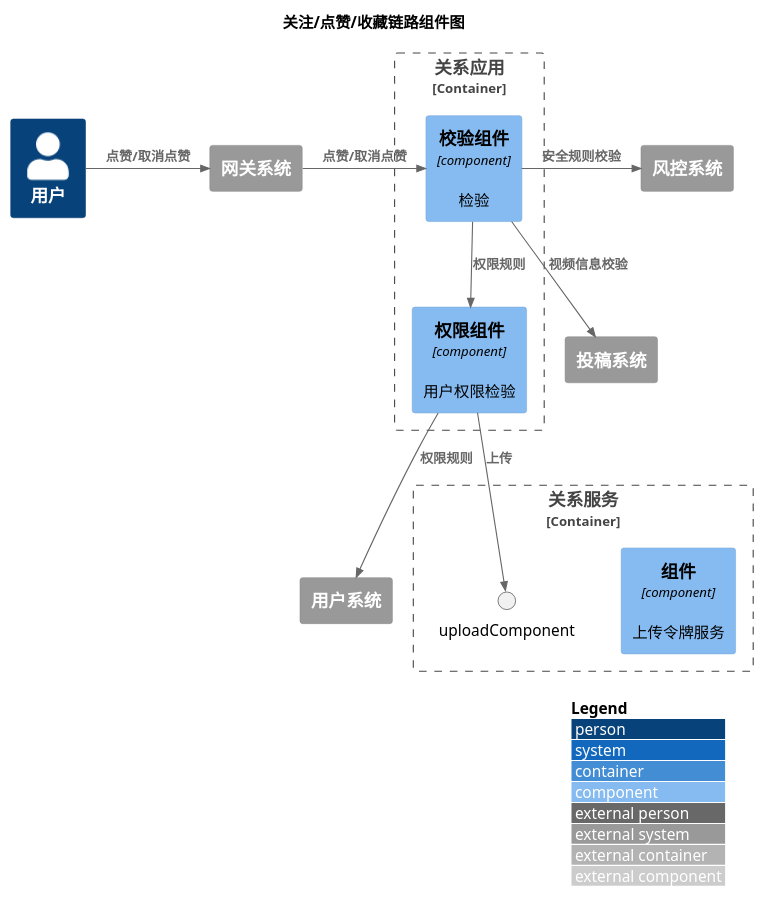
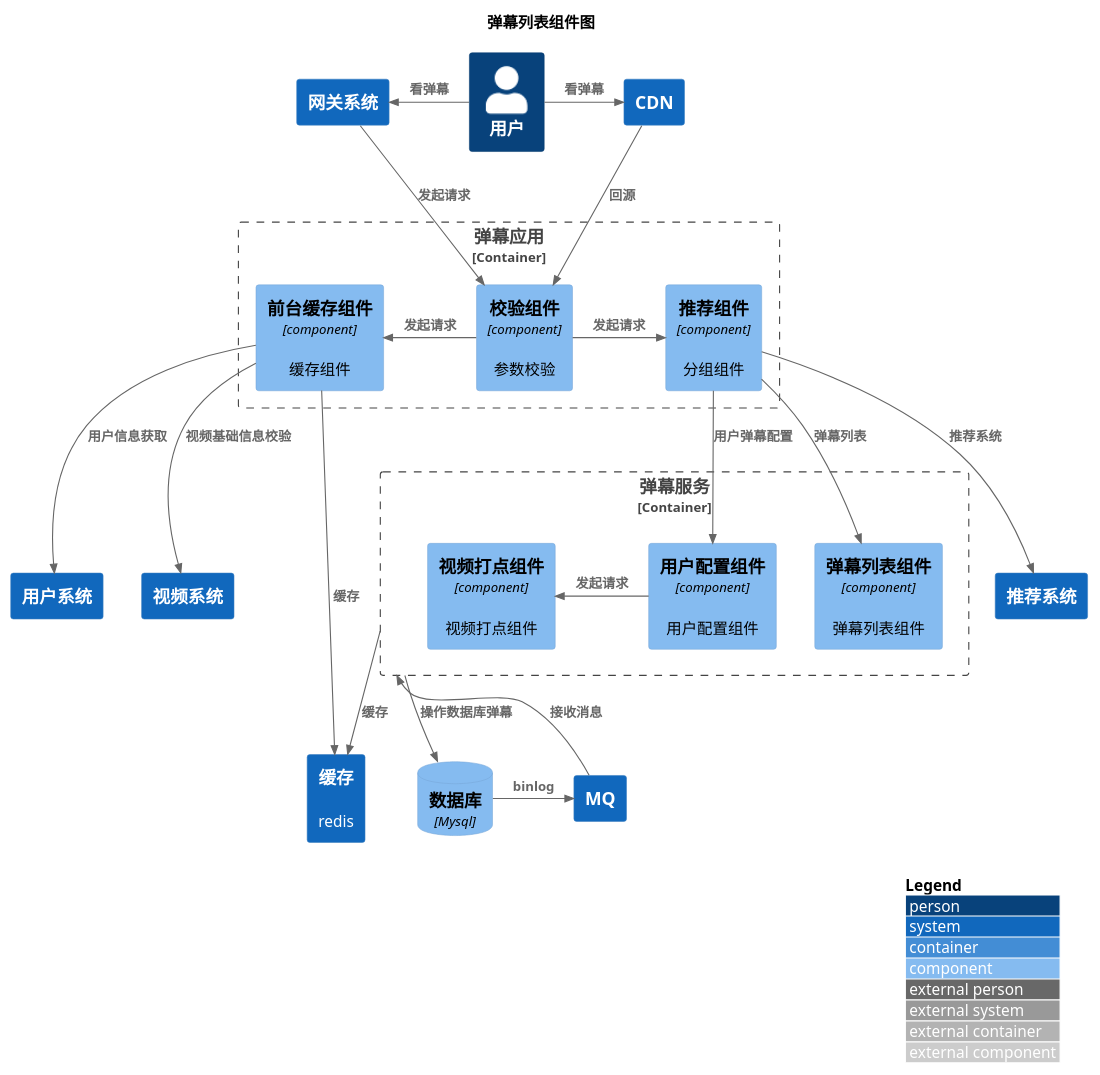
One commit to nxnnxn/community-doc changed the diagram in puml/interact/content/barrage/select/component.puml. Above: the diagram before and after it, drawn with PlantUML. The commit also changed 3 other files, not shown here.

```diff
--- a/puml/interact/content/barrage/select/component.puml
+++ b/puml/interact/content/barrage/select/component.puml
@@ -1,42 +1,47 @@
 @startuml
 !include <C4/C4_Component>
 LAYOUT_WITH_LEGEND()
 
-title 关注/点赞/收藏链路组件图
+title 弹幕列表组件图
 
 Person(user, "用户")
-System_Ext(gateway,"网关系统")
-Rel_R(user, gateway, "点赞/取消点赞")
+System(gateway,"网关系统")
+System(CDN,"CDN")
+Rel_L(user, gateway, "看弹幕")
+Rel_R(user, CDN, "看弹幕")
 
-Container_Boundary(relationFacade, "关系应用"){
-    Component(checkComponent, "校验组件", "component", "检验")
-    Component(authComponent, "权限组件", "component", "用户权限检验")
-    Rel_R(gateway, checkComponent, "点赞/取消点赞")
-    Rel(checkComponent, authComponent, "权限规则")
+Container_Boundary(barrageFacade, "弹幕应用"){
+   Component(checkComponent, "校验组件", "component", "参数校验")
+   Component(recComponent, "推荐组件", "component", "分组组件")
+   Component(facadeCacheComponent, "前台缓存组件", "component", "缓存组件")
+   Rel_L(checkComponent, facadeCacheComponent, "发起请求")
+   Rel_R(checkComponent, recComponent, "发起请求")
 }
+Container_Boundary(barrageService, "弹幕服务"){
+   Component(userProfileComponent, "用户配置组件", "component", "用户配置组件")
+   Component(profileComponent, "视频打点组件", "component", "视频打点组件")
+   Component(listComponent, "弹幕列表组件", "component", "弹幕列表组件")
+   Rel_L(userProfileComponent, profileComponent, "发起请求")
+}
+System(userSystem,"用户系统")
+System(videoSystem,"视频系统")
+System(tpp,"推荐系统")
+System(rocketmq,"MQ")
+System(redis,"缓存","redis")
+ComponentDb(db, "数据库", "Mysql")
 
-Container_Boundary(relationService, "关系服务"){
-    Component(relationComponent, "组件", "component", "上传令牌服务")
-    Rel(authComponent, uploadComponent, "上传")
-}
+Rel(gateway, checkComponent, "发起请求")
+Rel(CDN, checkComponent, "回源")
+Rel(facadeCacheComponent,videoSystem, "视频基础信息校验")
+Rel(facadeCacheComponent,userSystem, "用户信息获取")
+Rel(facadeCacheComponent,redis, "缓存")
 
+Rel(recComponent,tpp, "推荐系统")
+Rel(recComponent,userProfileComponent, "用户弹幕配置")
+Rel(recComponent,listComponent, "弹幕列表")
 
-
-System_Ext(security,"风控系统")
-System_Ext(video,"投稿系统")
-System_Ext(userSystem,"用户系统")
-
-Rel_R(checkComponent, security, "安全规则校验")
-Rel(checkComponent, video, "视频信息校验")
-Rel(authComponent, userSystem, "权限规则")
-
-
-
-
-
-
-
-
-
-
+Rel(barrageService,db, "操作数据库弹幕")
+Rel(barrageService,redis, "缓存")
+Rel_R(db,rocketmq, "binlog")
+Rel_U(rocketmq,barrageService, "接收消息")
 @enduml
```
